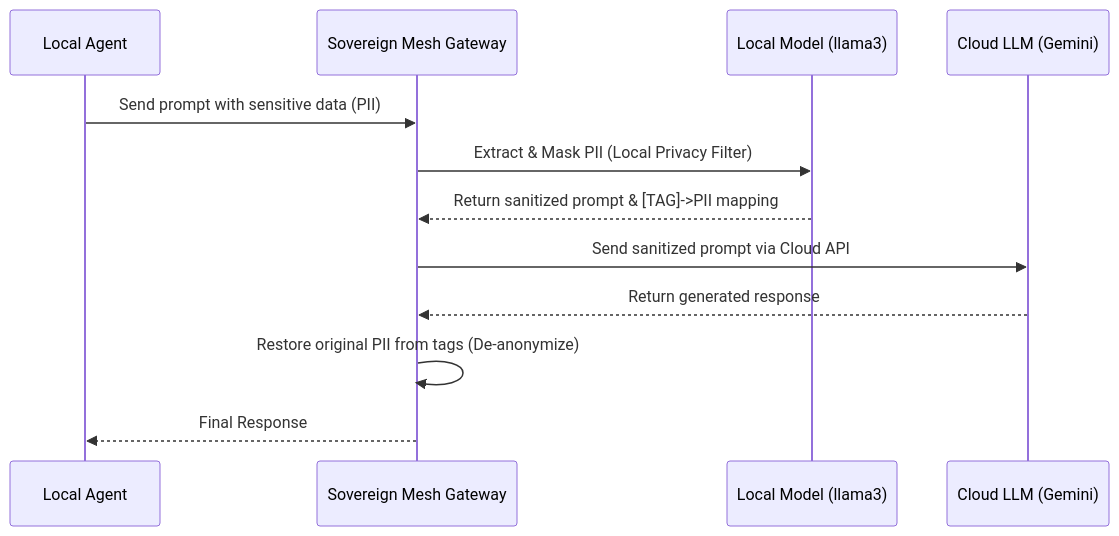
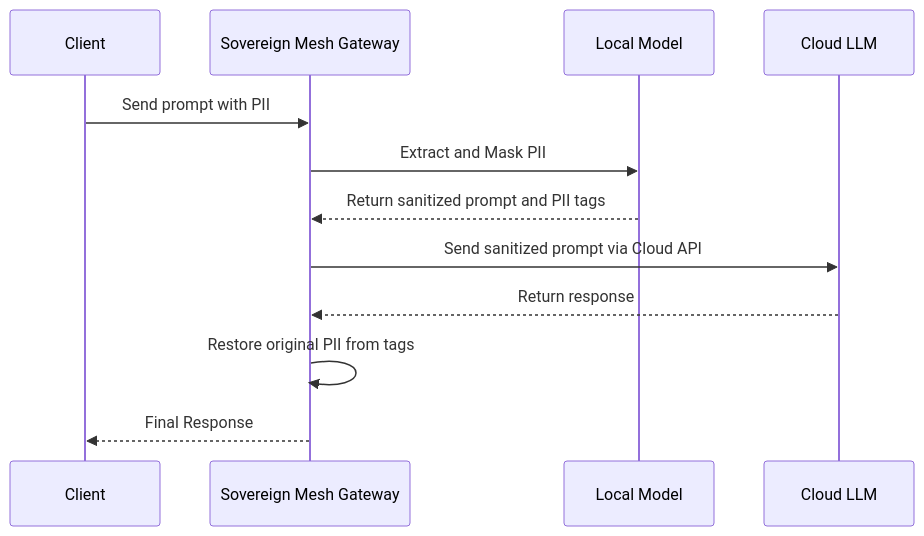
The diagram in README.md (Bhushan-11-11/sovereign-mesh-gateway), drawn with Mermaid before and after one commit.

Commit message:
Fix mermaid diagram syntax for GitHub

````diff
--- a/README.md
+++ b/README.md
@@ -9,15 +9,15 @@
 ```mermaid
 sequenceDiagram
-    participant Client as Local Agent
+    participant Client
     participant Gateway as Sovereign Mesh Gateway
-    participant Ollama as Local Model (llama3)
-    participant Cloud as Cloud LLM (Gemini)
+    participant Ollama as Local Model
+    participant Cloud as Cloud LLM
 
-    Client->>Gateway: Send prompt with sensitive data (PII)
-    Gateway->>Ollama: Extract & Mask PII (Local Privacy Filter)
-    Ollama-->>Gateway: Return sanitized prompt & [TAG]->PII mapping
+    Client->>Gateway: Send prompt with PII
+    Gateway->>Ollama: Extract and Mask PII
+    Ollama-->>Gateway: Return sanitized prompt and PII tags
     Gateway->>Cloud: Send sanitized prompt via Cloud API
-    Cloud-->>Gateway: Return generated response
-    Gateway->>Gateway: Restore original PII from tags (De-anonymize)
+    Cloud-->>Gateway: Return response
+    Gateway->>Gateway: Restore original PII from tags
     Gateway-->>Client: Final Response
 ```
````
